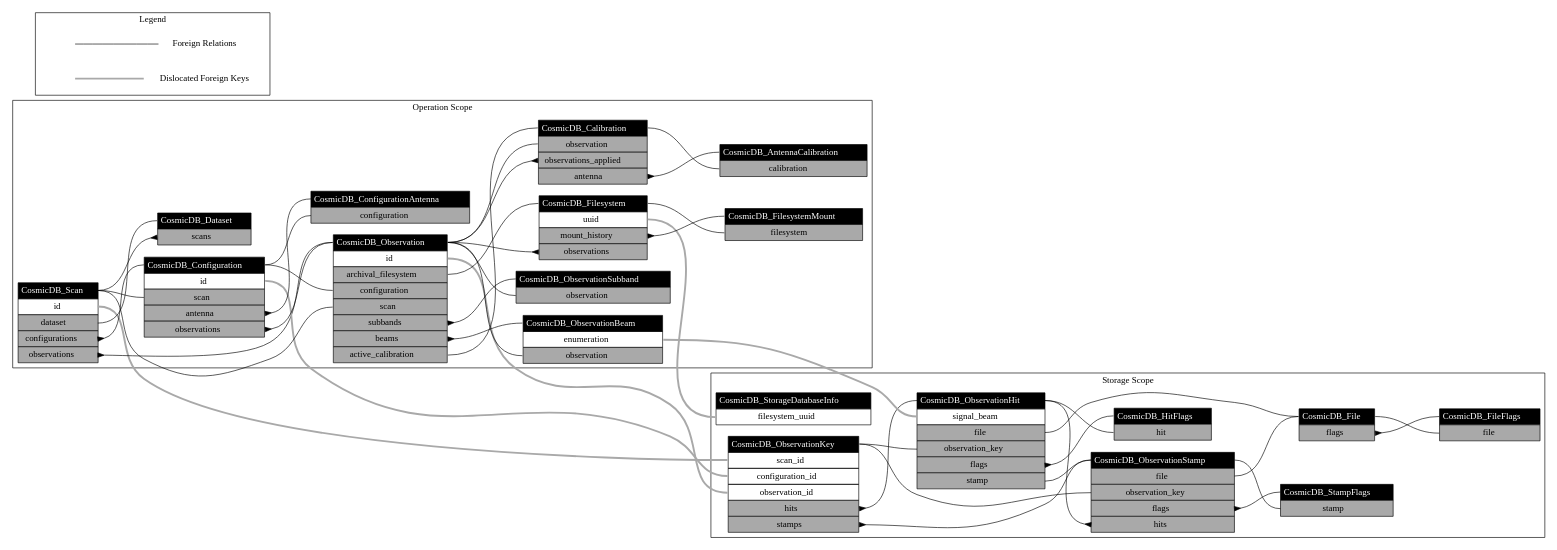
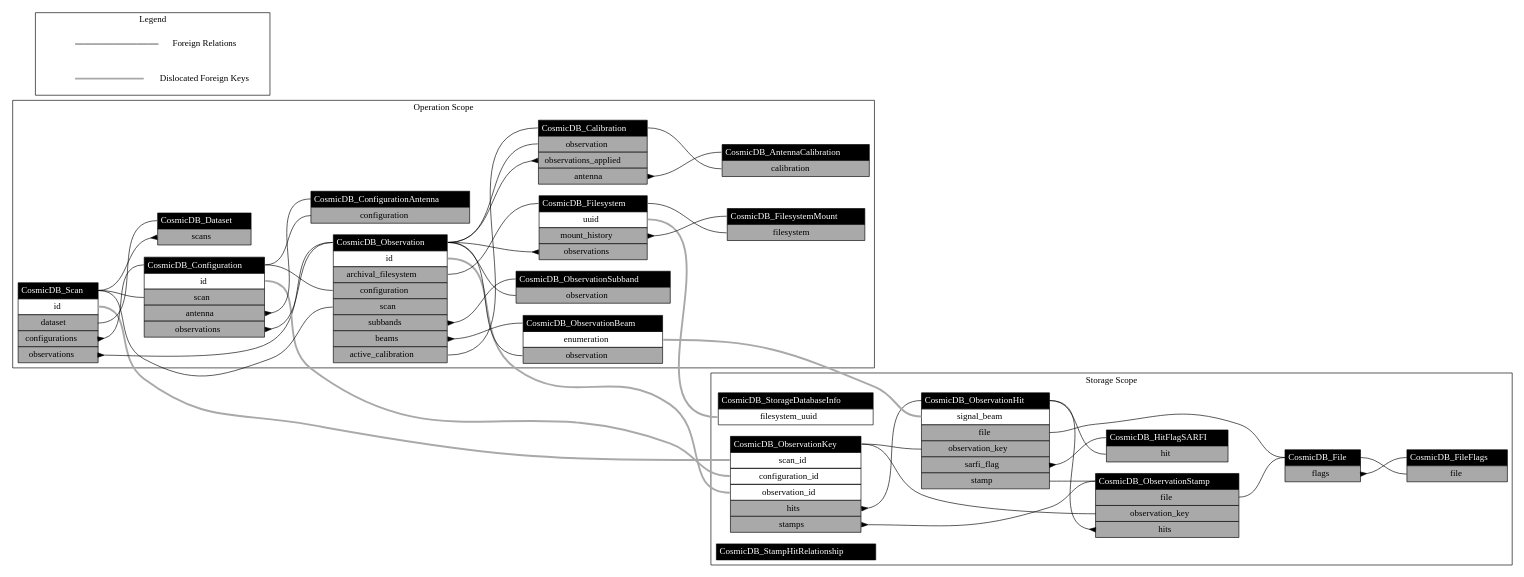
One commit to COSMIC-SETI/COSMIC-VLA-Database changed the diagram in docs/entity_relationships.dot. Above: the diagram before and after it, drawn with Graphviz. The commit also changed 7 other files, not shown here.

Commit message:
~* Stamp/HitFlags, + HitFlagSARFI, + StampHitRelationship

```diff
--- a/docs/entity_relationships.dot
+++ b/docs/entity_relationships.dot
@@ -1,68 +1,66 @@
 digraph CosmicDB {
-rankdir=LR;
 layout=dot;
 nodesep=0.25;
+rankdir=LR;
 ranksep=1;
-CosmicDB_Scan:id:e -> CosmicDB_ObservationKey:scan_id:w [arrowtail=none, dir=back, color=darkgrey, penwidth=3.0, weight=100];
-CosmicDB_Configuration:id:e -> CosmicDB_ObservationKey:configuration_id:w [arrowtail=none, dir=back, color=darkgrey, penwidth=3.0, weight=100];
-CosmicDB_Observation:id:e -> CosmicDB_ObservationKey:observation_id:w [arrowtail=none, dir=back, color=darkgrey, penwidth=3.0, weight=100];
-CosmicDB_ObservationBeam:enumeration:e -> CosmicDB_ObservationHit:signal_beam:w [arrowtail=none, dir=back, color=darkgrey, penwidth=3.0, weight=100];
-CosmicDB_Filesystem:uuid:e -> CosmicDB_StorageDatabaseInfo:filesystem_uuid:w [arrowtail=none, dir=back, color=darkgrey, penwidth=3.0, weight=100];
-CosmicDB_Dataset:scans -> CosmicDB_Scan:class [arrowtail=inv, dir=back];
-CosmicDB_Scan:dataset -> CosmicDB_Dataset:class [arrowtail=none, dir=back];
-CosmicDB_Scan:configurations -> CosmicDB_Configuration:class [arrowtail=inv, dir=back];
-CosmicDB_Scan:observations -> CosmicDB_Observation:class [arrowtail=inv, dir=back];
-CosmicDB_Configuration:scan -> CosmicDB_Scan:class [arrowtail=none, dir=back];
-CosmicDB_Configuration:antenna -> CosmicDB_ConfigurationAntenna:class [arrowtail=inv, dir=back];
-CosmicDB_Configuration:observations -> CosmicDB_Observation:class [arrowtail=inv, dir=back];
-CosmicDB_ConfigurationAntenna:configuration -> CosmicDB_Configuration:class [arrowtail=none, dir=back];
-CosmicDB_Calibration:observation -> CosmicDB_Observation:class [arrowtail=none, dir=back];
-CosmicDB_Calibration:observations_applied -> CosmicDB_Observation:class [arrowtail=inv, dir=back];
-CosmicDB_Calibration:antenna -> CosmicDB_AntennaCalibration:class [arrowtail=inv, dir=back];
-CosmicDB_AntennaCalibration:calibration -> CosmicDB_Calibration:class [arrowtail=none, dir=back];
-CosmicDB_Observation:archival_filesystem -> CosmicDB_Filesystem:class [arrowtail=none, dir=back];
-CosmicDB_Observation:configuration -> CosmicDB_Configuration:class [arrowtail=none, dir=back];
-CosmicDB_Observation:scan -> CosmicDB_Scan:class [arrowtail=none, dir=back];
-CosmicDB_Observation:subbands -> CosmicDB_ObservationSubband:class [arrowtail=inv, dir=back];
-CosmicDB_Observation:beams -> CosmicDB_ObservationBeam:class [arrowtail=inv, dir=back];
-CosmicDB_Observation:active_calibration -> CosmicDB_Calibration:class [arrowtail=none, dir=back];
-CosmicDB_ObservationSubband:observation -> CosmicDB_Observation:class [arrowtail=none, dir=back];
-CosmicDB_ObservationBeam:observation -> CosmicDB_Observation:class [arrowtail=none, dir=back];
-CosmicDB_Filesystem:mount_history -> CosmicDB_FilesystemMount:class [arrowtail=inv, dir=back];
-CosmicDB_Filesystem:observations -> CosmicDB_Observation:class [arrowtail=inv, dir=back];
-CosmicDB_FilesystemMount:filesystem -> CosmicDB_Filesystem:class [arrowtail=none, dir=back];
-CosmicDB_ObservationKey:hits -> CosmicDB_ObservationHit:class [arrowtail=inv, dir=back];
-CosmicDB_ObservationKey:stamps -> CosmicDB_ObservationStamp:class [arrowtail=inv, dir=back];
-CosmicDB_File:flags -> CosmicDB_FileFlags:class [arrowtail=inv, dir=back];
-CosmicDB_FileFlags:file -> CosmicDB_File:class [arrowtail=none, dir=back];
-CosmicDB_ObservationStamp:file -> CosmicDB_File:class [arrowtail=none, dir=back];
-CosmicDB_ObservationStamp:observation_key -> CosmicDB_ObservationKey:class [arrowtail=none, dir=back];
-CosmicDB_ObservationStamp:flags -> CosmicDB_StampFlags:class [arrowtail=inv, dir=back];
-CosmicDB_ObservationStamp:hits -> CosmicDB_ObservationHit:class [arrowtail=inv, dir=back];
-CosmicDB_ObservationHit:file -> CosmicDB_File:class [arrowtail=none, dir=back];
-CosmicDB_ObservationHit:observation_key -> CosmicDB_ObservationKey:class [arrowtail=none, dir=back];
-CosmicDB_ObservationHit:flags -> CosmicDB_HitFlags:class [arrowtail=inv, dir=back];
-CosmicDB_ObservationHit:stamp -> CosmicDB_ObservationStamp:class [arrowtail=none, dir=back];
-CosmicDB_HitFlags:hit -> CosmicDB_ObservationHit:class [arrowtail=none, dir=back];
-CosmicDB_StampFlags:stamp -> CosmicDB_ObservationStamp:class [arrowtail=none, dir=back];
+CosmicDB_Scan:id:e -> CosmicDB_ObservationKey:scan_id:w  [arrowtail=none, color=darkgrey, dir=back, penwidth=3.0, weight=100];
+CosmicDB_Configuration:id:e -> CosmicDB_ObservationKey:configuration_id:w  [arrowtail=none, color=darkgrey, dir=back, penwidth=3.0, weight=100];
+CosmicDB_Observation:id:e -> CosmicDB_ObservationKey:observation_id:w  [arrowtail=none, color=darkgrey, dir=back, penwidth=3.0, weight=100];
+CosmicDB_ObservationBeam:enumeration:e -> CosmicDB_ObservationHit:signal_beam:w  [arrowtail=none, color=darkgrey, dir=back, penwidth=3.0, weight=100];
+CosmicDB_Filesystem:uuid:e -> CosmicDB_StorageDatabaseInfo:filesystem_uuid:w  [arrowtail=none, color=darkgrey, dir=back, penwidth=3.0, weight=100];
+CosmicDB_Dataset:scans -> CosmicDB_Scan:class  [arrowtail=inv, dir=back];
+CosmicDB_Scan:dataset -> CosmicDB_Dataset:class  [arrowtail=none, dir=back];
+CosmicDB_Scan:configurations -> CosmicDB_Configuration:class  [arrowtail=inv, dir=back];
+CosmicDB_Scan:observations -> CosmicDB_Observation:class  [arrowtail=inv, dir=back];
+CosmicDB_Configuration:scan -> CosmicDB_Scan:class  [arrowtail=none, dir=back];
+CosmicDB_Configuration:antenna -> CosmicDB_ConfigurationAntenna:class  [arrowtail=inv, dir=back];
+CosmicDB_Configuration:observations -> CosmicDB_Observation:class  [arrowtail=inv, dir=back];
+CosmicDB_ConfigurationAntenna:configuration -> CosmicDB_Configuration:class  [arrowtail=none, dir=back];
+CosmicDB_Calibration:observation -> CosmicDB_Observation:class  [arrowtail=none, dir=back];
+CosmicDB_Calibration:observations_applied -> CosmicDB_Observation:class  [arrowtail=inv, dir=back];
+CosmicDB_Calibration:antenna -> CosmicDB_AntennaCalibration:class  [arrowtail=inv, dir=back];
+CosmicDB_AntennaCalibration:calibration -> CosmicDB_Calibration:class  [arrowtail=none, dir=back];
+CosmicDB_Observation:archival_filesystem -> CosmicDB_Filesystem:class  [arrowtail=none, dir=back];
+CosmicDB_Observation:configuration -> CosmicDB_Configuration:class  [arrowtail=none, dir=back];
+CosmicDB_Observation:scan -> CosmicDB_Scan:class  [arrowtail=none, dir=back];
+CosmicDB_Observation:subbands -> CosmicDB_ObservationSubband:class  [arrowtail=inv, dir=back];
+CosmicDB_Observation:beams -> CosmicDB_ObservationBeam:class  [arrowtail=inv, dir=back];
+CosmicDB_Observation:active_calibration -> CosmicDB_Calibration:class  [arrowtail=none, dir=back];
+CosmicDB_ObservationSubband:observation -> CosmicDB_Observation:class  [arrowtail=none, dir=back];
+CosmicDB_ObservationBeam:observation -> CosmicDB_Observation:class  [arrowtail=none, dir=back];
+CosmicDB_Filesystem:mount_history -> CosmicDB_FilesystemMount:class  [arrowtail=inv, dir=back];
+CosmicDB_Filesystem:observations -> CosmicDB_Observation:class  [arrowtail=inv, dir=back];
+CosmicDB_FilesystemMount:filesystem -> CosmicDB_Filesystem:class  [arrowtail=none, dir=back];
+CosmicDB_ObservationKey:hits -> CosmicDB_ObservationHit:class  [arrowtail=inv, dir=back];
+CosmicDB_ObservationKey:stamps -> CosmicDB_ObservationStamp:class  [arrowtail=inv, dir=back];
+CosmicDB_File:flags -> CosmicDB_FileFlags:class  [arrowtail=inv, dir=back];
+CosmicDB_FileFlags:file -> CosmicDB_File:class  [arrowtail=none, dir=back];
+CosmicDB_ObservationStamp:file -> CosmicDB_File:class  [arrowtail=none, dir=back];
+CosmicDB_ObservationStamp:observation_key -> CosmicDB_ObservationKey:class  [arrowtail=none, dir=back];
+CosmicDB_ObservationStamp:hits -> CosmicDB_ObservationHit:class  [arrowtail=inv, dir=back];
+CosmicDB_ObservationHit:file -> CosmicDB_File:class  [arrowtail=none, dir=back];
+CosmicDB_ObservationHit:observation_key -> CosmicDB_ObservationKey:class  [arrowtail=none, dir=back];
+CosmicDB_ObservationHit:sarfi_flag -> CosmicDB_HitFlagSARFI:class  [arrowtail=inv, dir=back];
+CosmicDB_ObservationHit:stamp -> CosmicDB_ObservationStamp:class  [arrowtail=none, dir=back];
+CosmicDB_HitFlagSARFI:hit -> CosmicDB_ObservationHit:class  [arrowtail=none, dir=back];
 subgraph Operation {
+cluster=True;
 label="Operation Scope";
-cluster=true;
-CosmicDB_Scan [shape=plain, label=<<table border="0" cellborder="1" cellspacing="0" cellpadding="4">
+CosmicDB_Scan [label=<<table border="0" cellborder="1" cellspacing="0" cellpadding="4">
 	<tr><td bgcolor="black" port="class"><font color="white">CosmicDB_Scan</font></td></tr>
 	<tr><td port="id">id</td></tr>
 	<tr><td bgcolor="darkgrey" port="dataset">dataset</td></tr>
 	<tr><td bgcolor="darkgrey" port="configurations">configurations</td></tr>
 	<tr><td bgcolor="darkgrey" port="observations">observations</td></tr>
-</table>>];
-CosmicDB_Configuration [shape=plain, label=<<table border="0" cellborder="1" cellspacing="0" cellpadding="4">
+</table>>, shape=plain];
+CosmicDB_Configuration [label=<<table border="0" cellborder="1" cellspacing="0" cellpadding="4">
 	<tr><td bgcolor="black" port="class"><font color="white">CosmicDB_Configuration</font></td></tr>
 	<tr><td port="id">id</td></tr>
 	<tr><td bgcolor="darkgrey" port="scan">scan</td></tr>
 	<tr><td bgcolor="darkgrey" port="antenna">antenna</td></tr>
 	<tr><td bgcolor="darkgrey" port="observations">observations</td></tr>
-</table>>];
-CosmicDB_Observation [shape=plain, label=<<table border="0" cellborder="1" cellspacing="0" cellpadding="4">
+</table>>, shape=plain];
+CosmicDB_Observation [label=<<table border="0" cellborder="1" cellspacing="0" cellpadding="4">
 	<tr><td bgcolor="black" port="class"><font color="white">CosmicDB_Observation</font></td></tr>
 	<tr><td port="id">id</td></tr>
 	<tr><td bgcolor="darkgrey" port="archival_filesystem">archival_filesystem</td></tr>
@@ -71,100 +69,101 @@
 	<tr><td bgcolor="darkgrey" port="subbands">subbands</td></tr>
 	<tr><td bgcolor="darkgrey" port="beams">beams</td></tr>
 	<tr><td bgcolor="darkgrey" port="active_calibration">active_calibration</td></tr>
-</table>>];
-CosmicDB_ObservationBeam [shape=plain, label=<<table border="0" cellborder="1" cellspacing="0" cellpadding="4">
+</table>>, shape=plain];
+CosmicDB_ObservationBeam [label=<<table border="0" cellborder="1" cellspacing="0" cellpadding="4">
 	<tr><td bgcolor="black" port="class"><font color="white">CosmicDB_ObservationBeam</font></td></tr>
 	<tr><td port="enumeration">enumeration</td></tr>
 	<tr><td bgcolor="darkgrey" port="observation">observation</td></tr>
-</table>>];
-CosmicDB_Filesystem [shape=plain, label=<<table border="0" cellborder="1" cellspacing="0" cellpadding="4">
+</table>>, shape=plain];
+CosmicDB_Filesystem [label=<<table border="0" cellborder="1" cellspacing="0" cellpadding="4">
 	<tr><td bgcolor="black" port="class"><font color="white">CosmicDB_Filesystem</font></td></tr>
 	<tr><td port="uuid">uuid</td></tr>
 	<tr><td bgcolor="darkgrey" port="mount_history">mount_history</td></tr>
 	<tr><td bgcolor="darkgrey" port="observations">observations</td></tr>
-</table>>];
-CosmicDB_Dataset [shape=plain, label=<<table border="0" cellborder="1" cellspacing="0" cellpadding="4">
+</table>>, shape=plain];
+CosmicDB_Dataset [label=<<table border="0" cellborder="1" cellspacing="0" cellpadding="4">
 	<tr><td bgcolor="black" port="class"><font color="white">CosmicDB_Dataset</font></td></tr>
 	<tr><td bgcolor="darkgrey" port="scans">scans</td></tr>
-</table>>];
-CosmicDB_ConfigurationAntenna [shape=plain, label=<<table border="0" cellborder="1" cellspacing="0" cellpadding="4">
+</table>>, shape=plain];
+CosmicDB_ConfigurationAntenna [label=<<table border="0" cellborder="1" cellspacing="0" cellpadding="4">
 	<tr><td bgcolor="black" port="class"><font color="white">CosmicDB_ConfigurationAntenna</font></td></tr>
 	<tr><td bgcolor="darkgrey" port="configuration">configuration</td></tr>
-</table>>];
-CosmicDB_Calibration [shape=plain, label=<<table border="0" cellborder="1" cellspacing="0" cellpadding="4">
+</table>>, shape=plain];
+CosmicDB_Calibration [label=<<table border="0" cellborder="1" cellspacing="0" cellpadding="4">
 	<tr><td bgcolor="black" port="class"><font color="white">CosmicDB_Calibration</font></td></tr>
 	<tr><td bgcolor="darkgrey" port="observation">observation</td></tr>
 	<tr><td bgcolor="darkgrey" port="observations_applied">observations_applied</td></tr>
 	<tr><td bgcolor="darkgrey" port="antenna">antenna</td></tr>
-</table>>];
-CosmicDB_AntennaCalibration [shape=plain, label=<<table border="0" cellborder="1" cellspacing="0" cellpadding="4">
+</table>>, shape=plain];
+CosmicDB_AntennaCalibration [label=<<table border="0" cellborder="1" cellspacing="0" cellpadding="4">
 	<tr><td bgcolor="black" port="class"><font color="white">CosmicDB_AntennaCalibration</font></td></tr>
 	<tr><td bgcolor="darkgrey" port="calibration">calibration</td></tr>
-</table>>];
-CosmicDB_ObservationSubband [shape=plain, label=<<table border="0" cellborder="1" cellspacing="0" cellpadding="4">
+</table>>, shape=plain];
+CosmicDB_ObservationSubband [label=<<table border="0" cellborder="1" cellspacing="0" cellpadding="4">
 	<tr><td bgcolor="black" port="class"><font color="white">CosmicDB_ObservationSubband</font></td></tr>
 	<tr><td bgcolor="darkgrey" port="observation">observation</td></tr>
-</table>>];
-CosmicDB_FilesystemMount [shape=plain, label=<<table border="0" cellborder="1" cellspacing="0" cellpadding="4">
+</table>>, shape=plain];
+CosmicDB_FilesystemMount [label=<<table border="0" cellborder="1" cellspacing="0" cellpadding="4">
 	<tr><td bgcolor="black" port="class"><font color="white">CosmicDB_FilesystemMount</font></td></tr>
 	<tr><td bgcolor="darkgrey" port="filesystem">filesystem</td></tr>
-</table>>];
+</table>>, shape=plain];
 }
+
 subgraph Storage {
+cluster=True;
 label="Storage Scope";
-cluster=true;
-CosmicDB_ObservationKey [shape=plain, label=<<table border="0" cellborder="1" cellspacing="0" cellpadding="4">
+CosmicDB_ObservationKey [label=<<table border="0" cellborder="1" cellspacing="0" cellpadding="4">
 	<tr><td bgcolor="black" port="class"><font color="white">CosmicDB_ObservationKey</font></td></tr>
 	<tr><td port="scan_id">scan_id</td></tr>
 	<tr><td port="configuration_id">configuration_id</td></tr>
 	<tr><td port="observation_id">observation_id</td></tr>
 	<tr><td bgcolor="darkgrey" port="hits">hits</td></tr>
 	<tr><td bgcolor="darkgrey" port="stamps">stamps</td></tr>
-</table>>];
-CosmicDB_ObservationHit [shape=plain, label=<<table border="0" cellborder="1" cellspacing="0" cellpadding="4">
+</table>>, shape=plain];
+CosmicDB_ObservationHit [label=<<table border="0" cellborder="1" cellspacing="0" cellpadding="4">
 	<tr><td bgcolor="black" port="class"><font color="white">CosmicDB_ObservationHit</font></td></tr>
 	<tr><td port="signal_beam">signal_beam</td></tr>
 	<tr><td bgcolor="darkgrey" port="file">file</td></tr>
 	<tr><td bgcolor="darkgrey" port="observation_key">observation_key</td></tr>
-	<tr><td bgcolor="darkgrey" port="flags">flags</td></tr>
+	<tr><td bgcolor="darkgrey" port="sarfi_flag">sarfi_flag</td></tr>
 	<tr><td bgcolor="darkgrey" port="stamp">stamp</td></tr>
-</table>>];
-CosmicDB_StorageDatabaseInfo [shape=plain, label=<<table border="0" cellborder="1" cellspacing="0" cellpadding="4">
+</table>>, shape=plain];
+CosmicDB_StorageDatabaseInfo [label=<<table border="0" cellborder="1" cellspacing="0" cellpadding="4">
 	<tr><td bgcolor="black" port="class"><font color="white">CosmicDB_StorageDatabaseInfo</font></td></tr>
 	<tr><td port="filesystem_uuid">filesystem_uuid</td></tr>
-</table>>];
-CosmicDB_File [shape=plain, label=<<table border="0" cellborder="1" cellspacing="0" cellpadding="4">
+</table>>, shape=plain];
+CosmicDB_File [label=<<table border="0" cellborder="1" cellspacing="0" cellpadding="4">
 	<tr><td bgcolor="black" port="class"><font color="white">CosmicDB_File</font></td></tr>
 	<tr><td bgcolor="darkgrey" port="flags">flags</td></tr>
-</table>>];
-CosmicDB_FileFlags [shape=plain, label=<<table border="0" cellborder="1" cellspacing="0" cellpadding="4">
+</table>>, shape=plain];
+CosmicDB_FileFlags [label=<<table border="0" cellborder="1" cellspacing="0" cellpadding="4">
 	<tr><td bgcolor="black" port="class"><font color="white">CosmicDB_FileFlags</font></td></tr>
 	<tr><td bgcolor="darkgrey" port="file">file</td></tr>
-</table>>];
-CosmicDB_ObservationStamp [shape=plain, label=<<table border="0" cellborder="1" cellspacing="0" cellpadding="4">
+</table>>, shape=plain];
+CosmicDB_ObservationStamp [label=<<table border="0" cellborder="1" cellspacing="0" cellpadding="4">
 	<tr><td bgcolor="black" port="class"><font color="white">CosmicDB_ObservationStamp</font></td></tr>
 	<tr><td bgcolor="darkgrey" port="file">file</td></tr>
 	<tr><td bgcolor="darkgrey" port="observation_key">observation_key</td></tr>
-	<tr><td bgcolor="darkgrey" port="flags">flags</td></tr>
 	<tr><td bgcolor="darkgrey" port="hits">hits</td></tr>
-</table>>];
-CosmicDB_HitFlags [shape=plain, label=<<table border="0" cellborder="1" cellspacing="0" cellpadding="4">
-	<tr><td bgcolor="black" port="class"><font color="white">CosmicDB_HitFlags</font></td></tr>
+</table>>, shape=plain];
+CosmicDB_HitFlagSARFI [label=<<table border="0" cellborder="1" cellspacing="0" cellpadding="4">
+	<tr><td bgcolor="black" port="class"><font color="white">CosmicDB_HitFlagSARFI</font></td></tr>
 	<tr><td bgcolor="darkgrey" port="hit">hit</td></tr>
-</table>>];
-CosmicDB_StampFlags [shape=plain, label=<<table border="0" cellborder="1" cellspacing="0" cellpadding="4">
-	<tr><td bgcolor="black" port="class"><font color="white">CosmicDB_StampFlags</font></td></tr>
-	<tr><td bgcolor="darkgrey" port="stamp">stamp</td></tr>
-</table>>];
+</table>>, shape=plain];
+CosmicDB_StampHitRelationship [label=<<table border="0" cellborder="1" cellspacing="0" cellpadding="4">
+	<tr><td bgcolor="black" port="class"><font color="white">CosmicDB_StampHitRelationship</font></td></tr>
+</table>>, shape=plain];
 }
+
 subgraph legend {
+cluster=True;
 label="Legend";
-cluster=true;
 "Foreign Relations_0" [label="", shape=none];
 "Foreign Relations_1" [label="Foreign Relations", shape=none];
-"Foreign Relations_0" -> "Foreign Relations_1" [arrowtail=none, dir=back, color=black];
+"Foreign Relations_0" -> "Foreign Relations_1"  [arrowtail=none, color=black, dir=back];
 "Dislocated Foreign Keys_0" [label="", shape=none];
 "Dislocated Foreign Keys_1" [label="Dislocated Foreign Keys", shape=none];
-"Dislocated Foreign Keys_0" -> "Dislocated Foreign Keys_1" [arrowtail=none, dir=back, color=darkgrey, penwidth=3.0];
+"Dislocated Foreign Keys_0" -> "Dislocated Foreign Keys_1"  [arrowtail=none, color=darkgrey, dir=back, penwidth=3.0];
 }
+
 }
```
